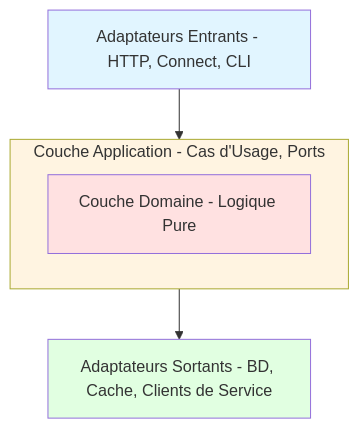
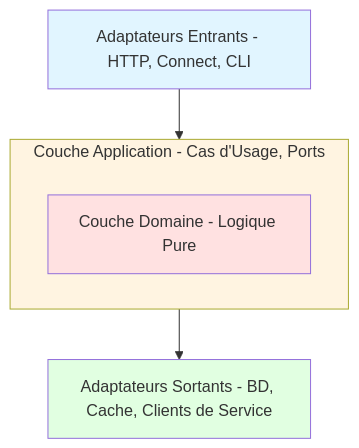
One commit to pivaldi/go-modular-monolith-white-paper changed the fifth of 7 diagrams in README_fr.md. Above: the diagram before and after it, drawn with Mermaid. The commit also changed 1 other file, not shown here.

Commit message:
Fix mermaid diags

````diff
--- a/README_fr.md
+++ b/README_fr.md
@@ -1141,18 +1141,19 @@
 ```mermaid
+%%{init: {'flowchart': {'subGraphTitleMargin': {'top': 0, 'bottom': 20}}}}%%
 graph TB
     inbound["Adaptateurs Entrants - HTTP, Connect, CLI"]
 
     subgraph application["Couche Application - Cas d'Usage, Ports"]
         domain["Couche Domaine - Logique Pure"]
     end
 
     outbound["Adaptateurs Sortants - BD, Cache, Clients de Service"]
 
     inbound --> application
     application --> outbound
 
     style inbound fill:#e1f5ff
     style application fill:#fff4e1
     style domain fill:#ffe1e1
     style outbound fill:#e1ffe1
 ```
````
